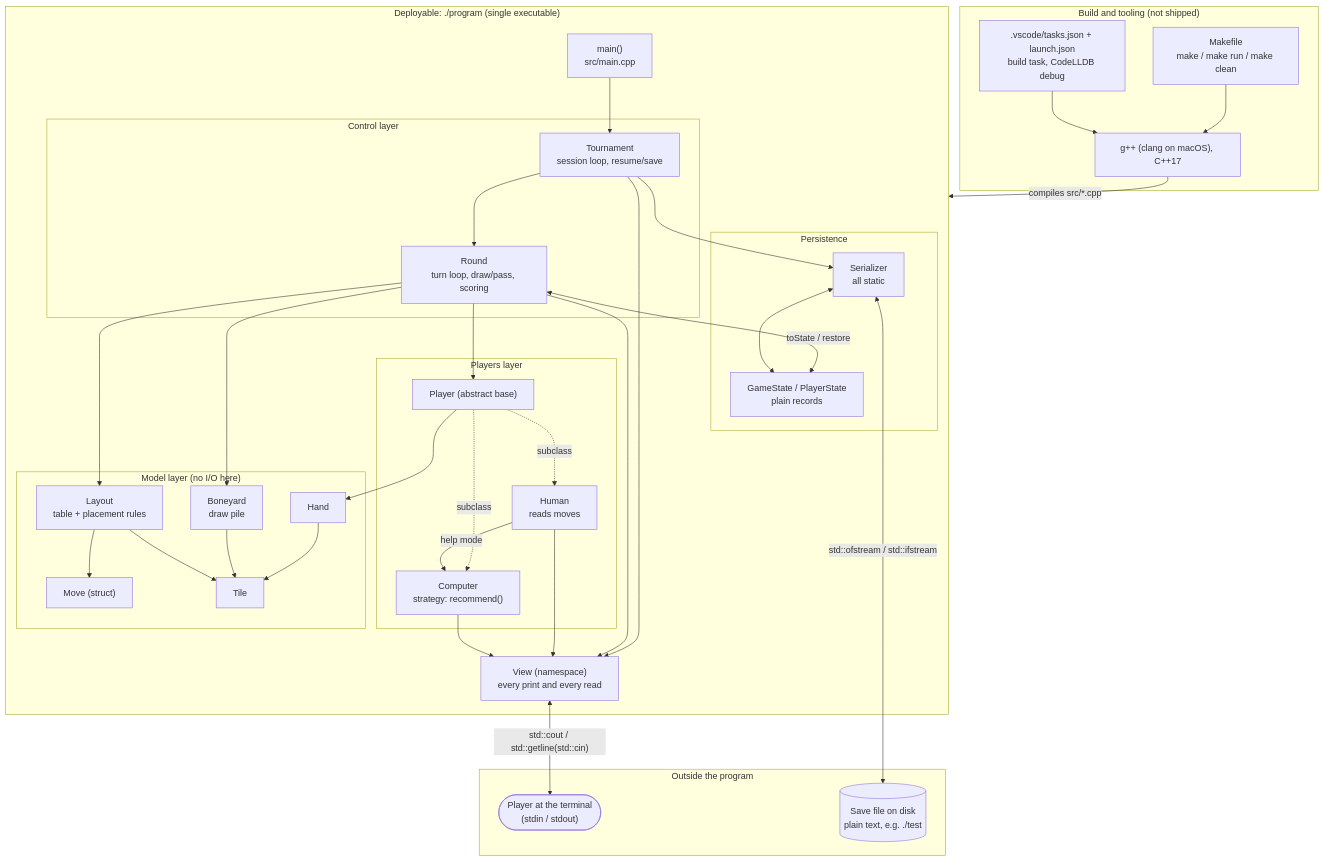
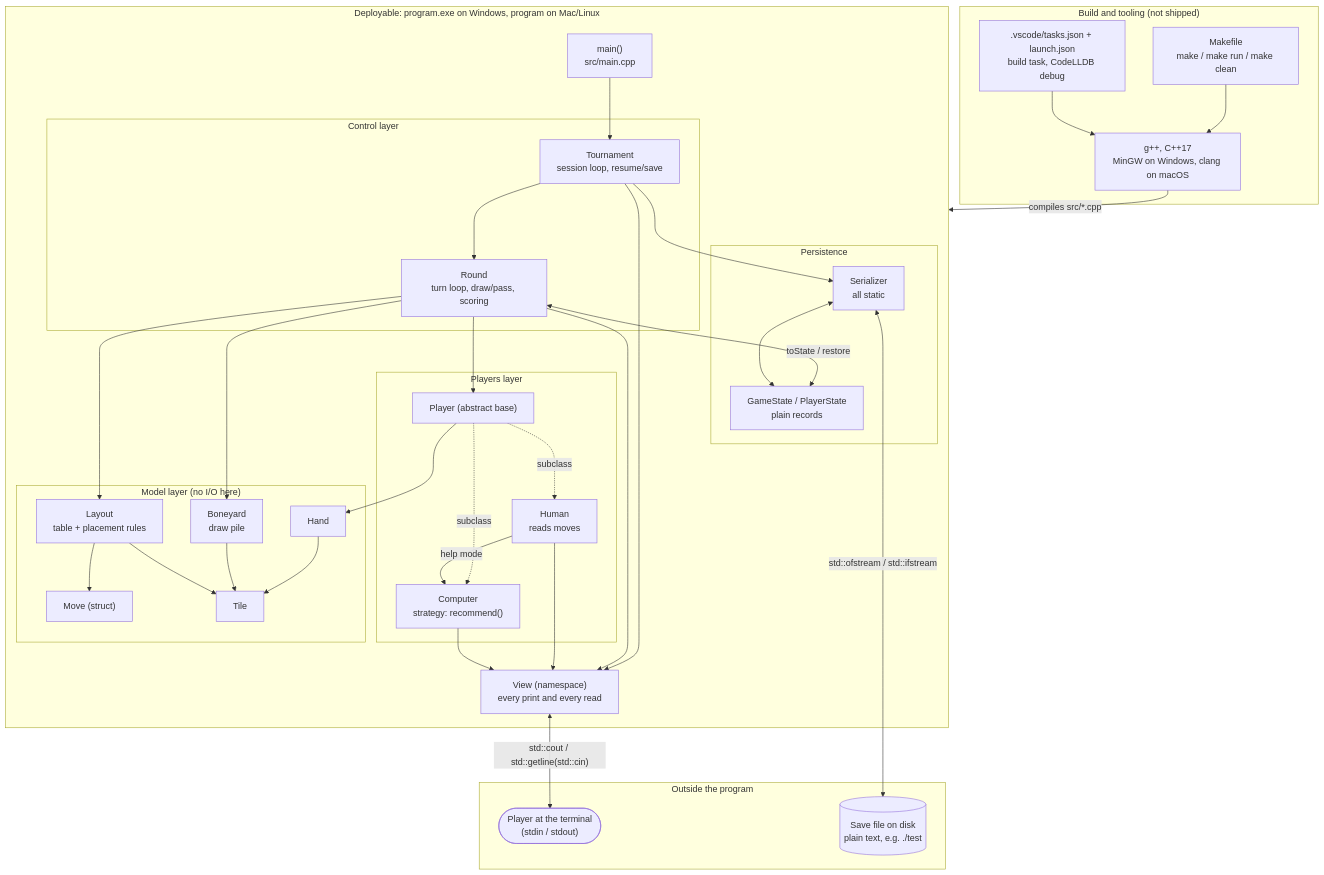
The first of 3 diagrams in onboarding/diagrams/architecture.md (rome8721/Ahmed_Hira), drawn with Mermaid before and after one commit. The commit also changed 12 other files, not shown here.

````diff
--- a/onboarding/diagrams/architecture.md
+++ b/onboarding/diagrams/architecture.md
@@ -9,71 +9,71 @@
 ```mermaid
 flowchart TB
     subgraph OUTSIDE["Outside the program"]
         USER(["Player at the terminal<br/>(stdin / stdout)"])
         FILE[("Save file on disk<br/>plain text, e.g. ./test")]
     end
 
     subgraph BUILD["Build and tooling (not shipped)"]
         MK["Makefile<br/>make / make run / make clean"]
         VSC[".vscode/tasks.json + launch.json<br/>build task, CodeLLDB debug"]
-        CXX["g++ (clang on macOS), C++17"]
+        CXX["g++, C++17<br/>MinGW on Windows, clang on macOS"]
         MK --> CXX
         VSC --> CXX
     end
 
     CXX -->|"compiles src/*.cpp"| EXE
 
-    subgraph EXE["Deployable: ./program (single executable)"]
+    subgraph EXE["Deployable: program.exe on Windows, program on Mac/Linux"]
         MAIN["main()<br/>src/main.cpp"]
 
         subgraph CONTROL["Control layer"]
             TOUR["Tournament<br/>session loop, resume/save"]
             ROUND["Round<br/>turn loop, draw/pass, scoring"]
         end
 
         subgraph PLAYERS["Players layer"]
             PLAYER["Player (abstract base)"]
             HUMAN["Human<br/>reads moves"]
             COMP["Computer<br/>strategy: recommend()"]
         end
 
         subgraph MODEL["Model layer (no I/O here)"]
             LAYOUT["Layout<br/>table + placement rules"]
             BONE["Boneyard<br/>draw pile"]
             HAND["Hand"]
             MOVE["Move (struct)"]
             TILE["Tile"]
         end
 
         subgraph PERSIST["Persistence"]
             SER["Serializer<br/>all static"]
             GS["GameState / PlayerState<br/>plain records"]
         end
 
         VIEW["View (namespace)<br/>every print and every read"]
 
         MAIN --> TOUR
         TOUR --> ROUND
         TOUR --> SER
         ROUND --> PLAYER
         PLAYER -.->|"subclass"| HUMAN
         PLAYER -.->|"subclass"| COMP
         HUMAN -->|"help mode"| COMP
         ROUND --> LAYOUT
         ROUND --> BONE
         ROUND <-->|"toState / restore"| GS
         SER <--> GS
         PLAYER --> HAND
         HAND --> TILE
         BONE --> TILE
         LAYOUT --> TILE
         LAYOUT --> MOVE
         TOUR --> VIEW
         ROUND --> VIEW
         HUMAN --> VIEW
         COMP --> VIEW
     end
 
     VIEW <-->|"std::cout / std::getline(std::cin)"| USER
     SER <-->|"std::ofstream / std::ifstream"| FILE
 ```
````
